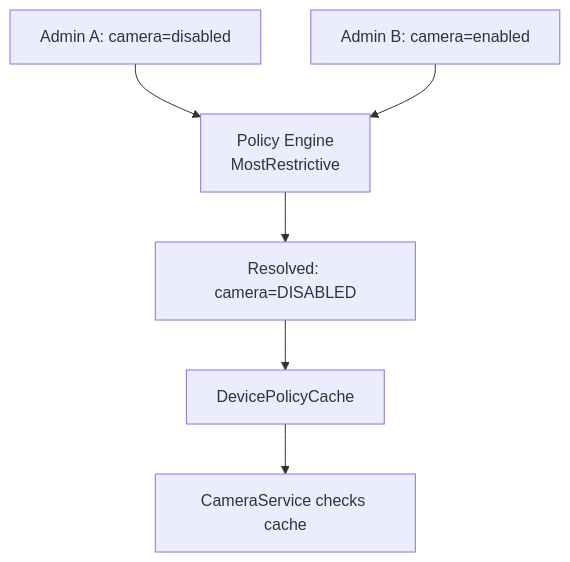
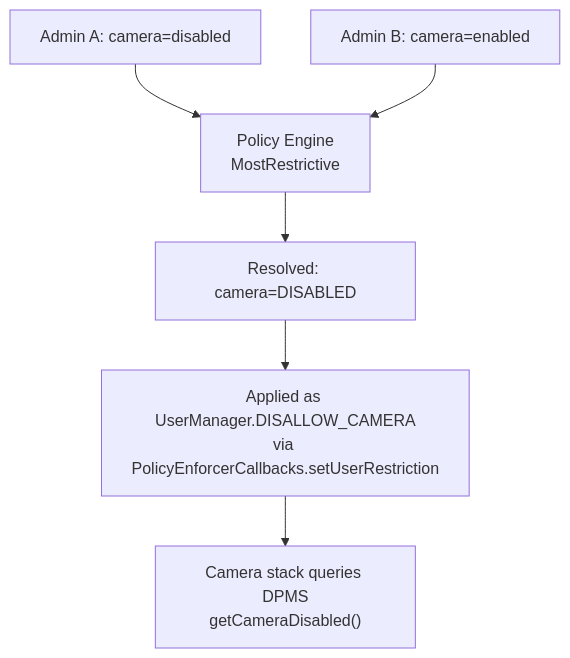
Diagram 15 of 30 in agents/claude/skills/aosp-device-support/61-device-policy.md (aospbooks/aosp-internal-book), drawn with Mermaid before and after one commit. The commit also changed other lines of this file and 218 other files, not shown here.

````diff
--- a/agents/claude/skills/aosp-device-support/61-device-policy.md
+++ b/agents/claude/skills/aosp-device-support/61-device-policy.md
@@ -1578,8 +1598,8 @@
 ```mermaid
 graph TD
     A1[Admin A: camera=disabled] --> ENGINE["Policy Engine<br/>MostRestrictive"]
     A2[Admin B: camera=enabled] --> ENGINE
     ENGINE --> RESULT[Resolved: camera=DISABLED]
-    RESULT --> CACHE[DevicePolicyCache]
-    CACHE --> CAMERA[CameraService checks cache]
+    RESULT --> RESTR["Applied as UserManager.DISALLOW_CAMERA<br/>via PolicyEnforcerCallbacks.setUserRestriction"]
+    RESTR --> CAMERA["Camera stack queries DPMS<br/>getCameraDisabled()"]
 ```
````
